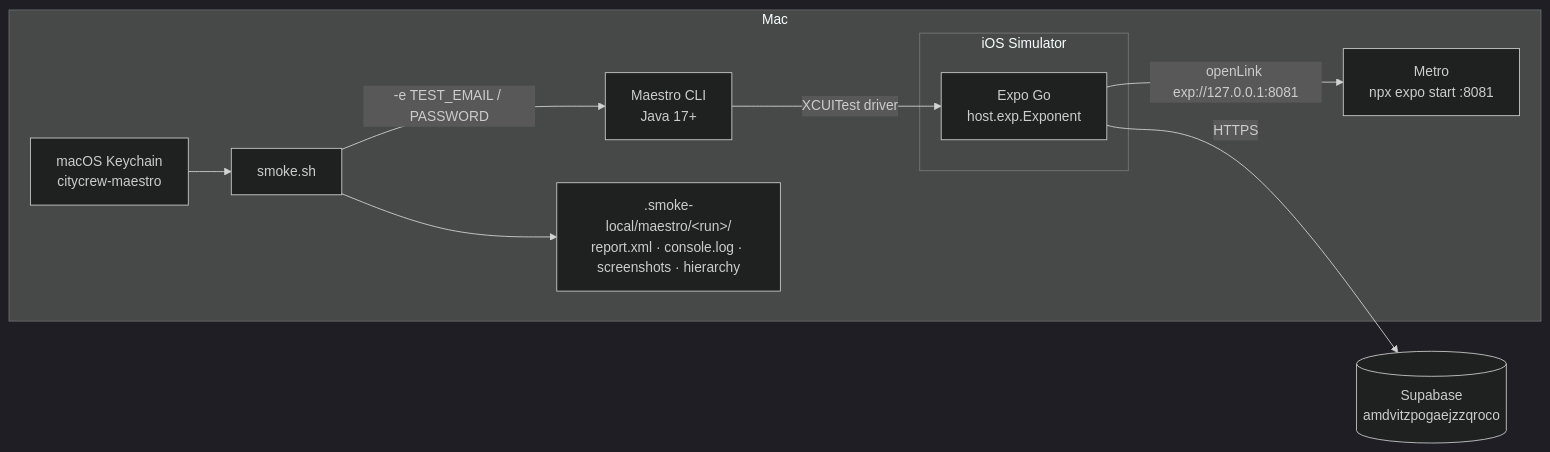
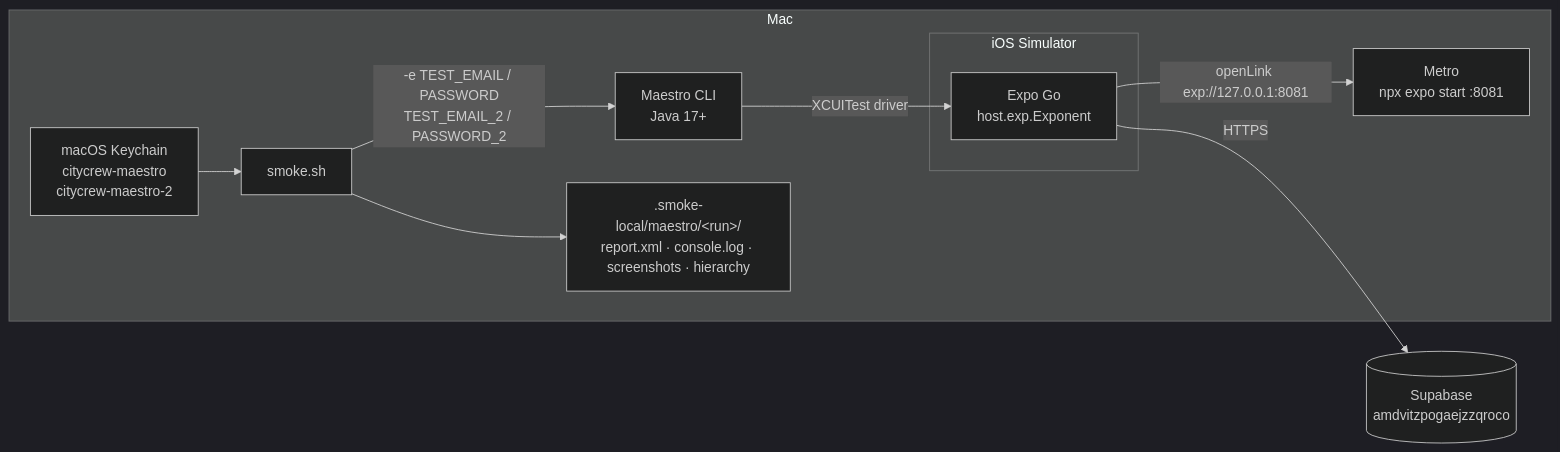
Before and after one commit to aletuan/city-crew: the first of 2 diagrams in docs/testing/e2e-simulator.md, drawn with Mermaid (dark theme). The commit also changed other lines of this file, not shown here.

````diff
--- a/docs/testing/e2e-simulator.md
+++ b/docs/testing/e2e-simulator.md
@@ -17,15 +17,15 @@
 ```mermaid
 flowchart LR
   subgraph Mac
-    K[macOS Keychain<br/>citycrew-maestro] --> S[smoke.sh]
-    S -->|-e TEST_EMAIL / PASSWORD| M[Maestro CLI<br/>Java 17+]
+    K[macOS Keychain<br/>citycrew-maestro<br/>citycrew-maestro-2] --> S[smoke.sh]
+    S -->|-e TEST_EMAIL / PASSWORD<br/>TEST_EMAIL_2 / PASSWORD_2| M[Maestro CLI<br/>Java 17+]
     Metro[Metro<br/>npx expo start :8081]
     subgraph Sim[iOS Simulator]
       EG[Expo Go<br/>host.exp.Exponent]
     end
     M -->|XCUITest driver| EG
     EG -->|openLink exp://127.0.0.1:8081| Metro
     S --> R[.smoke-local/maestro/&lt;run&gt;/<br/>report.xml · console.log · screenshots · hierarchy]
   end
   EG -->|HTTPS| SB[(Supabase<br/>amdvitzpogaejzzqroco)]
 ```
````
